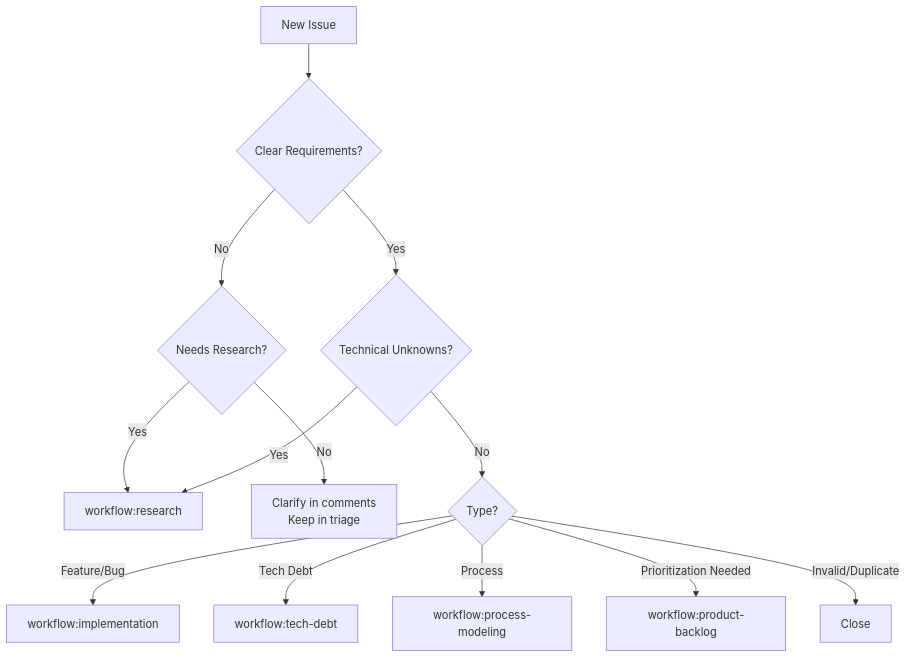
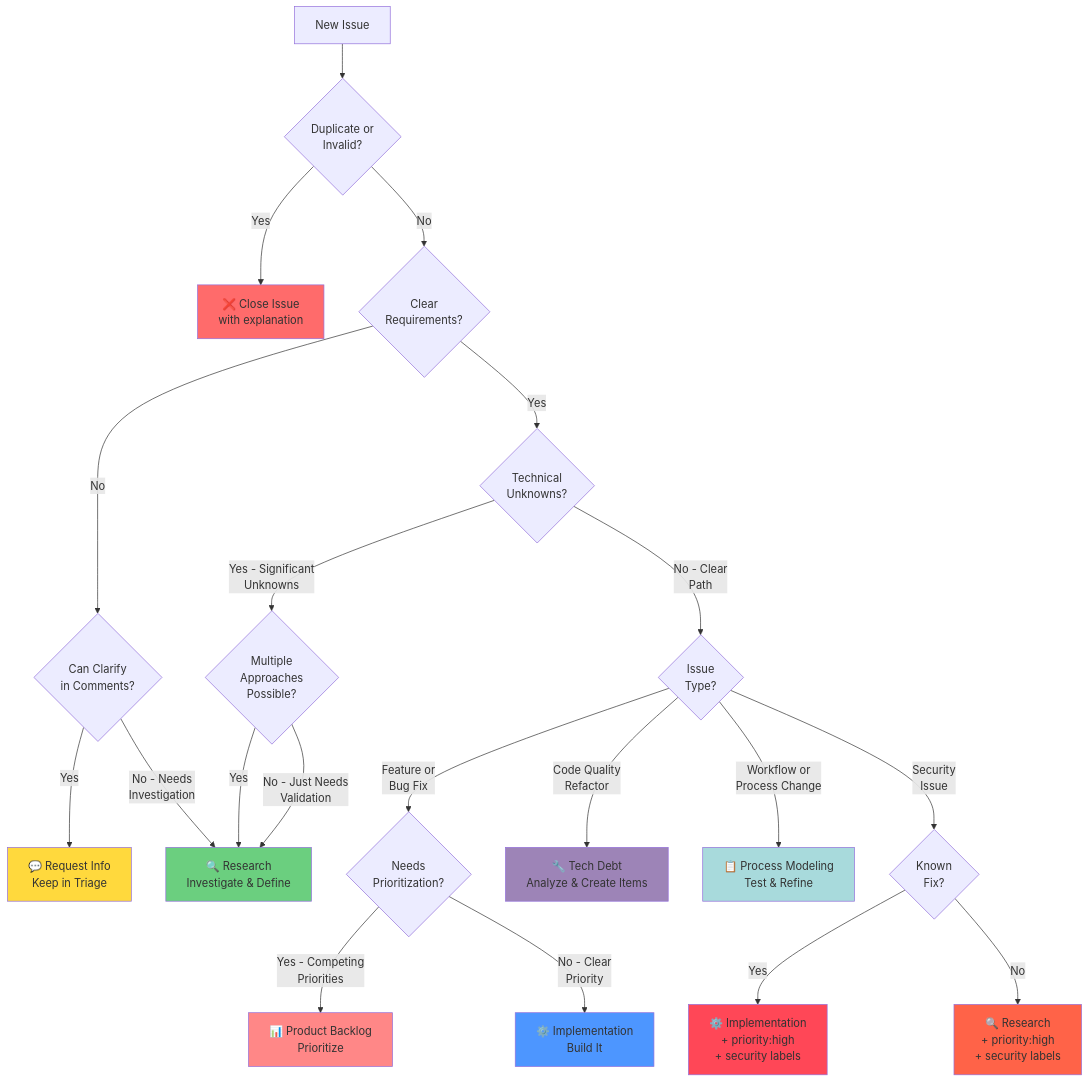
Before and after one commit to dazinator/DataFlow: the first of 2 diagrams in .team/prompts/TRIAGE_WORKFLOW.md, drawn with Mermaid. The commit also changed other lines of this file and 3 other files, not shown here.

First line of the commit message:
Enhance Triage Workflow with Visual Decision Tree, Examples, and Quality Framework (#248)

````diff
--- a/.team/prompts/TRIAGE_WORKFLOW.md
+++ b/.team/prompts/TRIAGE_WORKFLOW.md
@@ -682,18 +1045,40 @@
 ```mermaid
 flowchart TD
-    A[New Issue] --> B{Clear Requirements?}
-    B -->|No| C{Needs Research?}
-    B -->|Yes| D{Technical Unknowns?}
+    A[New Issue] --> B{Duplicate or<br/>Invalid?}
+    B -->|Yes| CLOSE[❌ Close Issue<br/>with explanation]
+    B -->|No| C{Clear<br/>Requirements?}
     
-    C -->|Yes| E[workflow:research]
-    C -->|No| F[Clarify in comments<br/>Keep in triage]
+    C -->|No| D{Can Clarify<br/>in Comments?}
+    D -->|Yes| CLARIFY[💬 Request Info<br/>Keep in Triage]
+    D -->|No - Needs<br/>Investigation| RESEARCH[🔍 Research<br/>Investigate & Define]
     
-    D -->|Yes| E
-    D -->|No| G{Type?}
+    C -->|Yes| E{Technical<br/>Unknowns?}
     
-    G -->|Feature/Bug| H[workflow:implementation]
-    G -->|Tech Debt| I[workflow:tech-debt]
-    G -->|Process| J[workflow:process-modeling]
-    G -->|Prioritization Needed| K[workflow:product-backlog]
-    G -->|Invalid/Duplicate| L[Close]
+    E -->|Yes - Significant<br/>Unknowns| F{Multiple<br/>Approaches<br/>Possible?}
+    F -->|Yes| RESEARCH
+    F -->|No - Just Needs<br/>Validation| RESEARCH
+    
+    E -->|No - Clear<br/>Path| G{Issue<br/>Type?}
+    
+    G -->|Feature or<br/>Bug Fix| H{Needs<br/>Prioritization?}
+    H -->|Yes - Competing<br/>Priorities| PRODUCT[📊 Product Backlog<br/>Prioritize]
+    H -->|No - Clear<br/>Priority| IMPL[⚙️ Implementation<br/>Build It]
+    
+    G -->|Code Quality<br/>Refactor| TECHDEBT[🔧 Tech Debt<br/>Analyze & Create Items]
+    
+    G -->|Workflow or<br/>Process Change| PROCESS[📋 Process Modeling<br/>Test & Refine]
+    
+    G -->|Security<br/>Issue| SEC{Known<br/>Fix?}
+    SEC -->|Yes| IMPL_SEC[⚙️ Implementation<br/>+ priority:high<br/>+ security labels]
+    SEC -->|No| RESEARCH_SEC[🔍 Research<br/>+ priority:high<br/>+ security labels]
+    
+    style CLOSE fill:#ff6b6b
+    style CLARIFY fill:#ffd93d
+    style RESEARCH fill:#6bcf7f
+    style IMPL fill:#4d96ff
+    style TECHDEBT fill:#9d84b7
+    style PRODUCT fill:#ff8787
+    style PROCESS fill:#a8dadc
+    style IMPL_SEC fill:#ff4757
+    style RESEARCH_SEC fill:#ff6348
 ```
````
